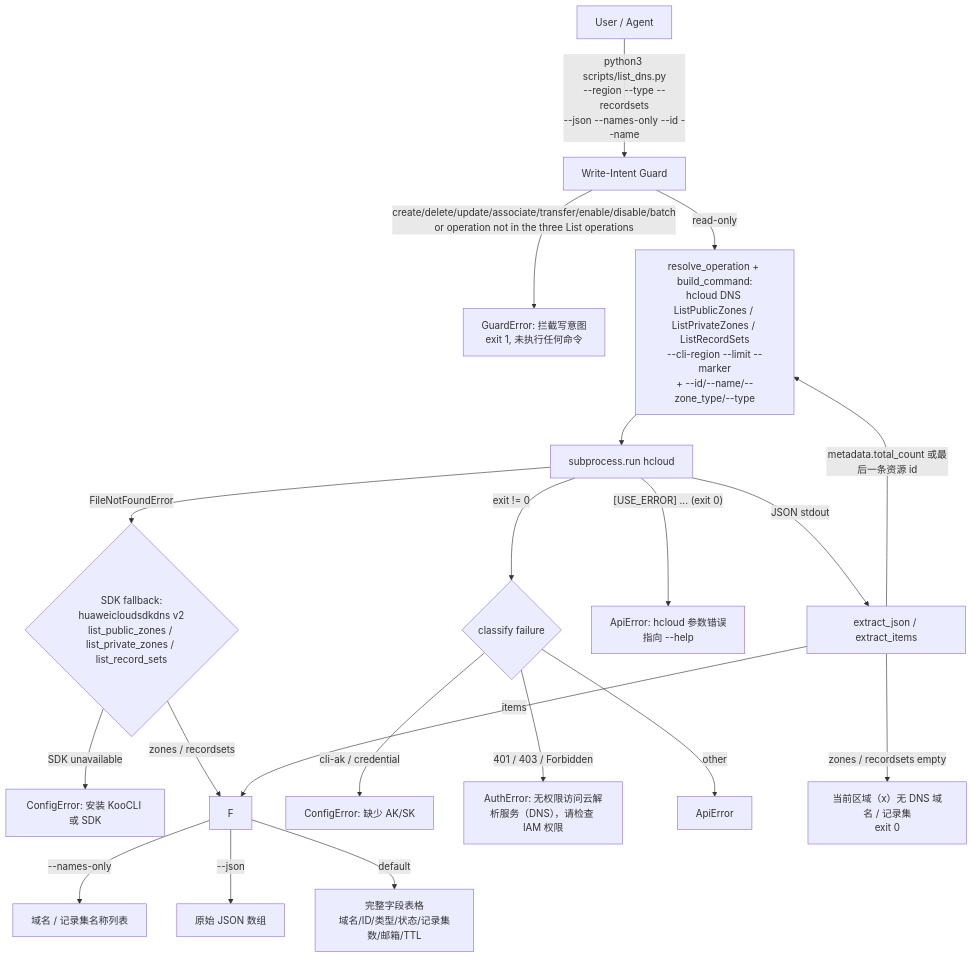
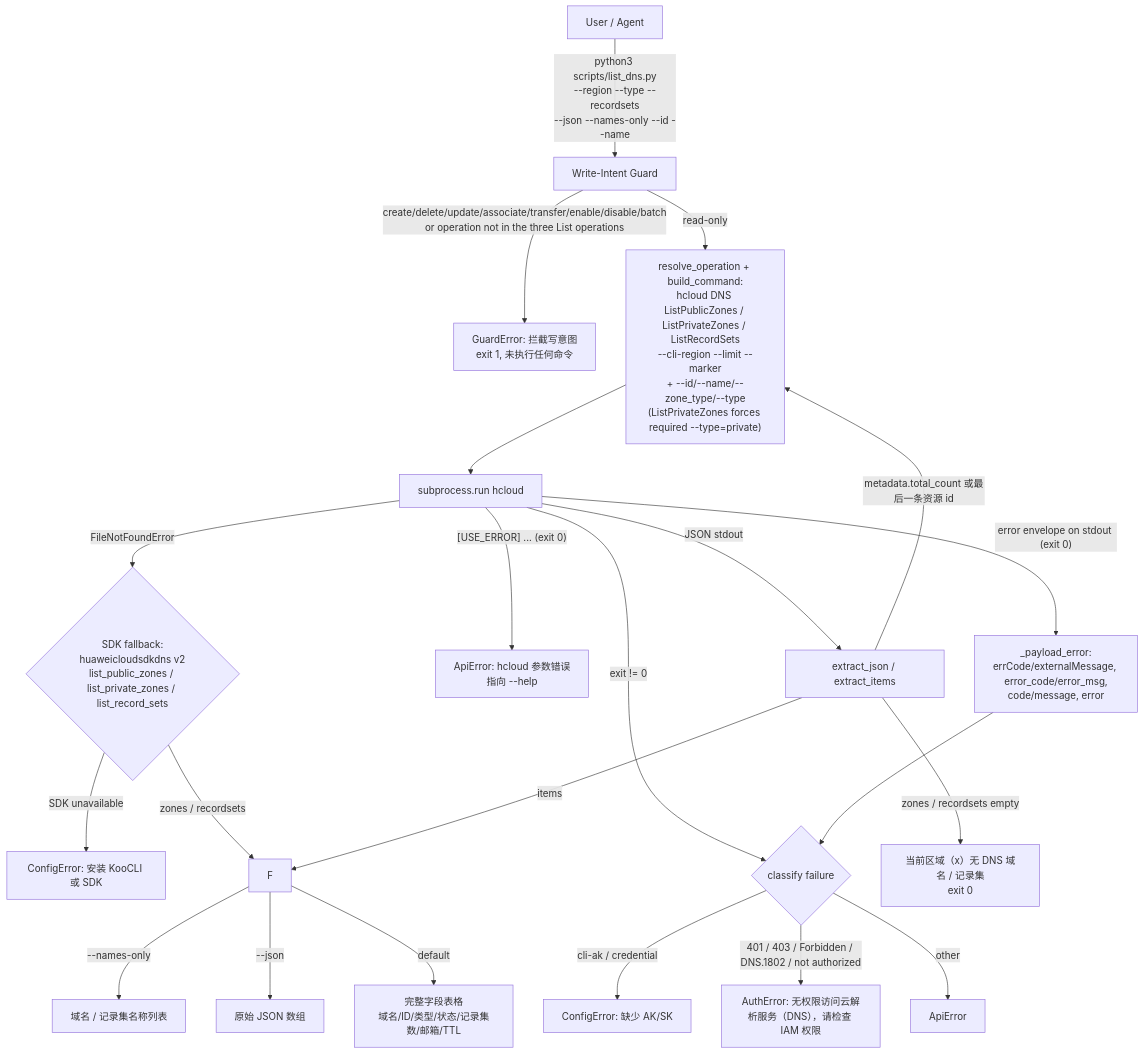
The diagram in skills/network/dns/huawei-cloud-dns-list/references/dataflow-diagram.md (wlc-dev/huaweicloud-skills-dev), drawn with Mermaid before and after one commit. The commit also changed 7 other files, not shown here.

Commit message:
update skill: network/dns/huawei-cloud-dns-list

````diff
--- a/skills/network/dns/huawei-cloud-dns-list/references/dataflow-diagram.md
+++ b/skills/network/dns/huawei-cloud-dns-list/references/dataflow-diagram.md
@@ -3,22 +3,23 @@
 ```mermaid
 flowchart TD
     A[User / Agent] -->|"python3 scripts/list_dns.py<br/>--region --type --recordsets<br/>--json --names-only --id --name"| B[Write-Intent Guard]
     B -->|"create/delete/update/associate/transfer/enable/disable/batch<br/>or operation not in the three List operations"| G[GuardError: 拦截写意图<br/>exit 1, 未执行任何命令]
-    B -->|read-only| C["resolve_operation + build_command:<br/>hcloud DNS ListPublicZones / ListPrivateZones / ListRecordSets<br/>--cli-region --limit --marker<br/>+ --id/--name/--zone_type/--type"]
+    B -->|read-only| C["resolve_operation + build_command:<br/>hcloud DNS ListPublicZones / ListPrivateZones / ListRecordSets<br/>--cli-region --limit --marker<br/>+ --id/--name/--zone_type/--type<br/>(ListPrivateZones forces required --type=private)"]
     C --> D[subprocess.run hcloud]
     D -->|FileNotFoundError| F1{SDK fallback:<br/>huaweicloudsdkdns v2<br/>list_public_zones / list_private_zones / list_record_sets}
     F1 -->|SDK unavailable| E1[ConfigError: 安装 KooCLI 或 SDK]
     F1 -->|zones / recordsets| F
     D -->|"exit != 0"| E2{classify failure}
     E2 -->|"cli-ak / credential"| E3[ConfigError: 缺少 AK/SK]
-    E2 -->|"401 / 403 / Forbidden"| E4[AuthError: 无权限访问云解析服务（DNS），请检查 IAM 权限]
+    E2 -->|"401 / 403 / Forbidden / DNS.1802 / not authorized"| E4[AuthError: 无权限访问云解析服务（DNS），请检查 IAM 权限]
     E2 -->|"other"| E5[ApiError]
     D -->|"[USE_ERROR] ... (exit 0)"| E6[ApiError: hcloud 参数错误<br/>指向 --help]
+    D -->|"error envelope on stdout (exit 0)"| E7["_payload_error:<br/>errCode/externalMessage, error_code/error_msg,<br/>code/message, error"] --> E2
     D -->|JSON stdout| F2[extract_json / extract_items]
     F2 -->|"zones / recordsets empty"| H["当前区域（x）无 DNS 域名 / 记录集<br/>exit 0"]
     F2 -->|items| F
     F -->|--names-only| J[域名 / 记录集名称列表]
     F -->|--json| K[原始 JSON 数组]
     F -->|default| L[完整字段表格<br/>域名/ID/类型/状态/记录集数/邮箱/TTL]
     F2 -->|"metadata.total_count 或最后一条资源 id"| C
 ```
````
